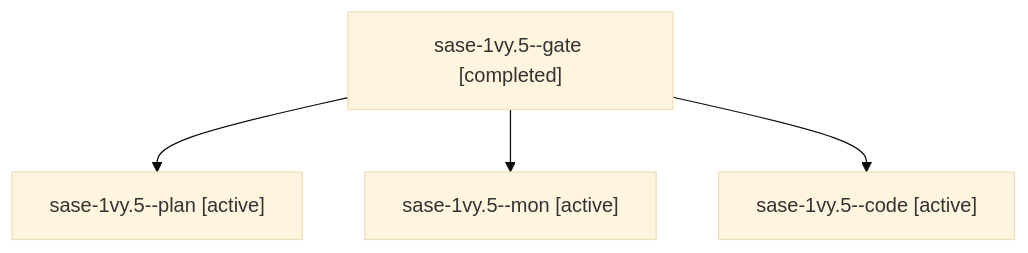
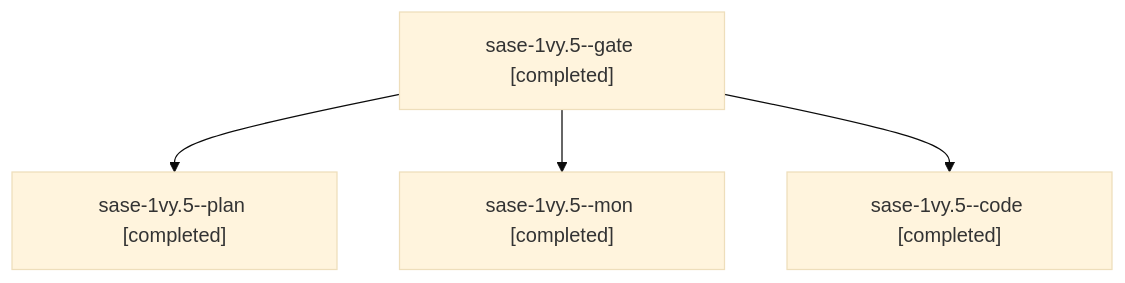
One commit to sase-org/sase--agents changed the diagram in sessions/bbugyi200.athena.sase-1vy.5.md. Above: the diagram before and after it, drawn with Mermaid (base theme). The commit also changed other lines of this file and 38 other files, not shown here.

````diff
--- a/sessions/bbugyi200.athena.sase-1vy.5.md
+++ b/sessions/bbugyi200.athena.sase-1vy.5.md
@@ -9,10 +9,10 @@
 ```mermaid
 flowchart TD
   n0["sase-1vy.5--gate [completed]"]
-  n1["sase-1vy.5--plan [active]"]
+  n1["sase-1vy.5--plan [completed]"]
   n0 --> n1
-  n2["sase-1vy.5--mon [active]"]
+  n2["sase-1vy.5--mon [completed]"]
   n0 --> n2
-  n3["sase-1vy.5--code [active]"]
+  n3["sase-1vy.5--code [completed]"]
   n0 --> n3
 ```
````
